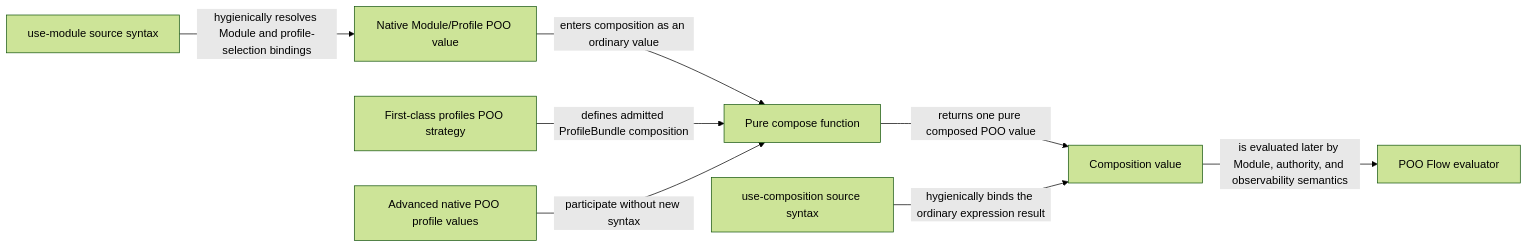
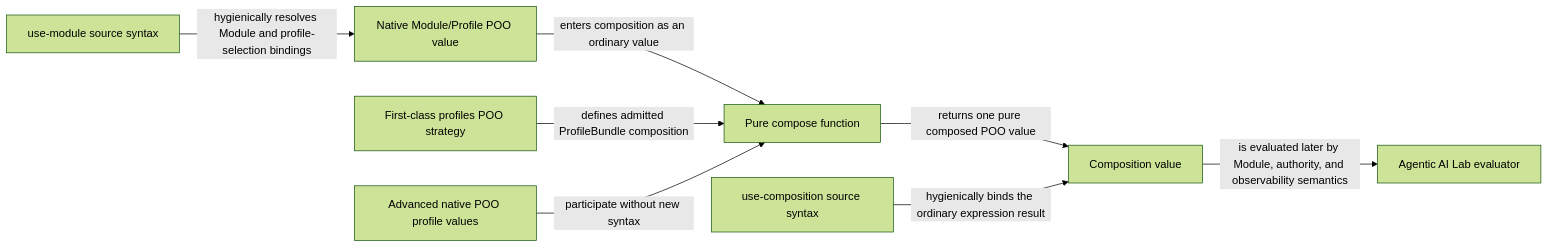
The diagram in module-system/design/45-120-13-thin-use-composition-use-module-profile-projection.org (tao3k/gebril-yuanxu), drawn with Mermaid (forest theme) before and after one commit. The commit also changed 507 other files, not shown here.

```diff
--- a/module-system/design/45-120-13-thin-use-composition-use-module-profile-projection.org
+++ b/module-system/design/45-120-13-thin-use-composition-use-module-profile-projection.org
@@ -132,10 +132,10 @@
 #+begin_src mermaid
 flowchart LR
   U["use-module source syntax"] -->|"hygienically resolves Module and profile-selection bindings"| M["Native Module/Profile POO value"]
   M -->|"enters composition as an ordinary value"| C["Pure compose function"]
   P["First-class profiles POO strategy"] -->|"defines admitted ProfileBundle composition"| C
   A["Advanced native POO profile values"] -->|"participate without new syntax"| C
   C -->|"returns one pure composed POO value"| V["Composition value"]
   B["use-composition source syntax"] -->|"hygienically binds the ordinary expression result"| V
-  V -->|"is evaluated later by Module, authority, and observability semantics"| E["POO Flow evaluator"]
+  V -->|"is evaluated later by Module, authority, and observability semantics"| E["Agentic AI Lab evaluator"]
 #+end_src
```
